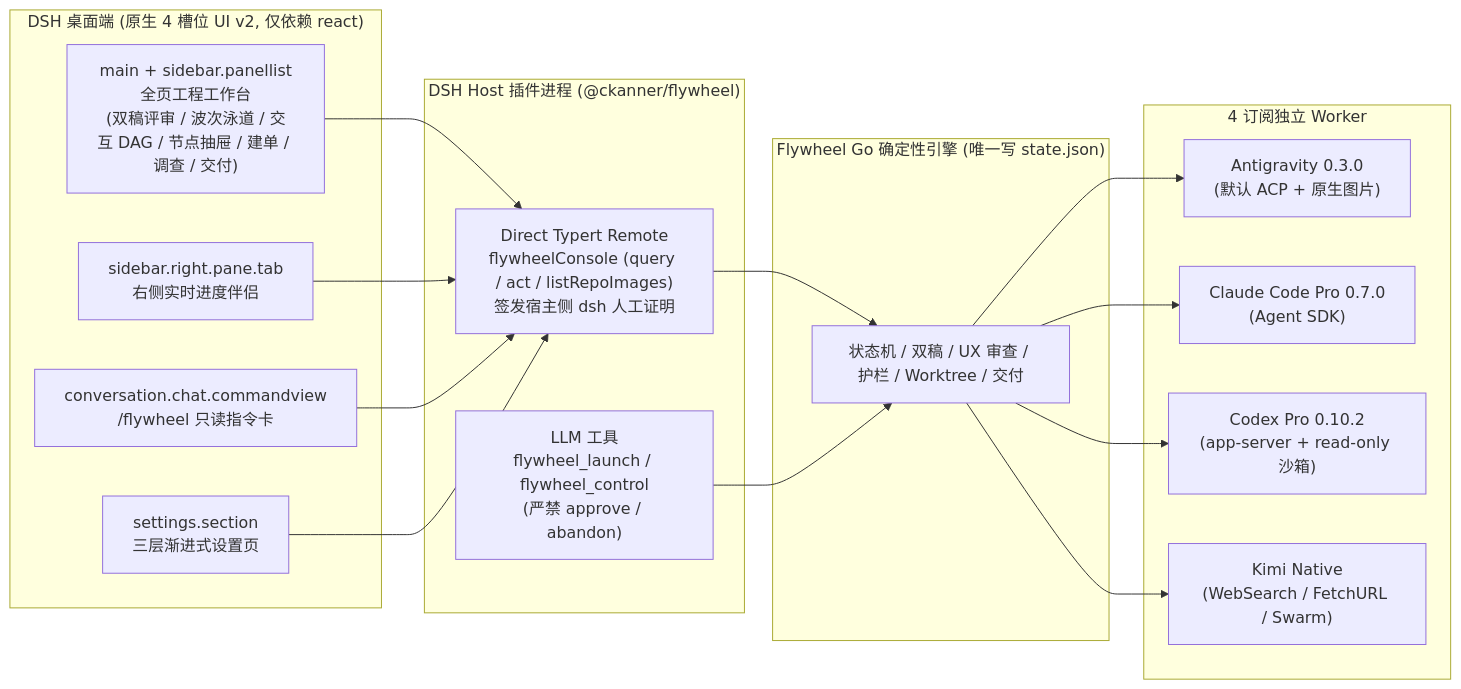
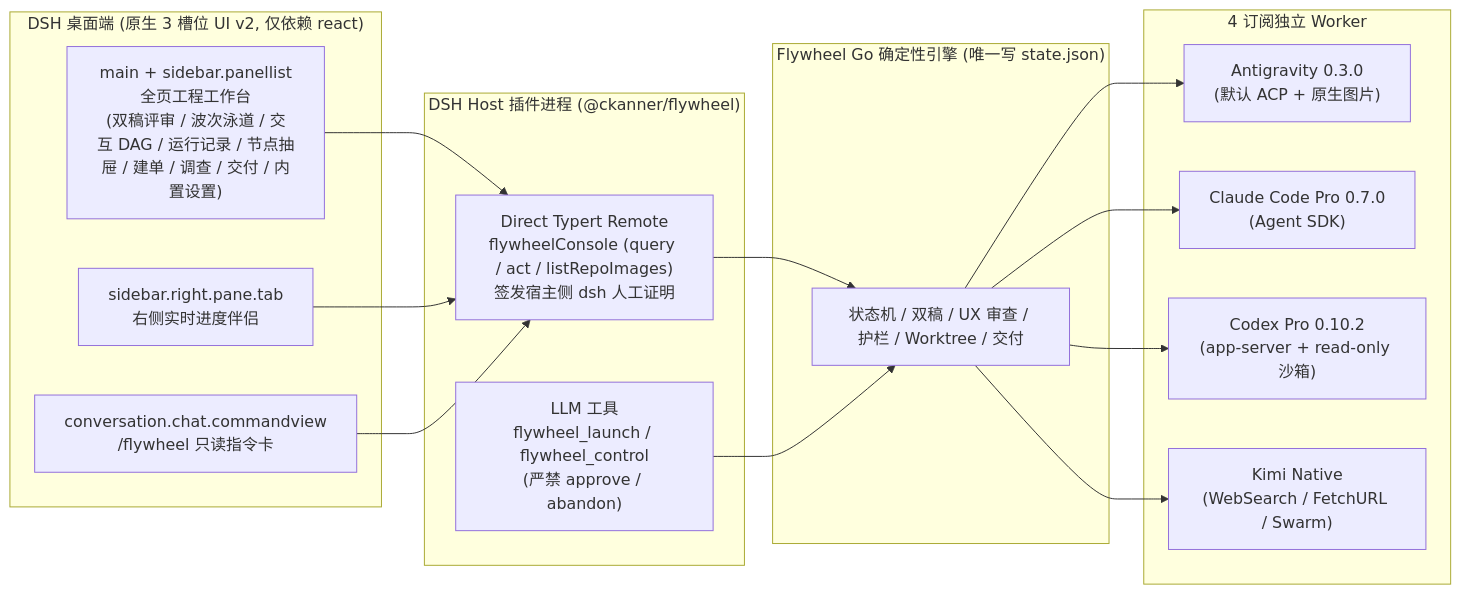
Before and after one commit to ckanner/flywheel: the third of 3 diagrams in docs/design.md, drawn with Mermaid. The commit also changed other lines of this file and 12 other files, not shown here.

Commit message:
feat: remove duplicate DSH settings slot and add concurrency/timeout/retry controls (v0.39.5)

````diff
--- a/docs/design.md
+++ b/docs/design.md
@@ -1155,36 +1155,34 @@
 ```mermaid
 flowchart LR
-  subgraph DSH["DSH 桌面端 (原生 4 槽位 UI v2, 仅依赖 react)"]
-    S1["main + sidebar.panellist\n全页工程工作台\n(双稿评审 / 波次泳道 / 交互 DAG / 节点抽屉 / 建单 / 调查 / 交付)"]
+  subgraph DSH["DSH 桌面端 (原生 3 槽位 UI v2, 仅依赖 react)"]
+    S1["main + sidebar.panellist\n全页工程工作台\n(双稿评审 / 波次泳道 / 交互 DAG / 运行记录 / 节点抽屉 / 建单 / 调查 / 交付 / 内置设置)"]
     S2["sidebar.right.pane.tab\n右侧实时进度伴侣"]
     S3["conversation.chat.commandview\n/flywheel 只读指令卡"]
-    S4["settings.section\n三层渐进式设置页"]
   end
 
   subgraph HOST["DSH Host 插件进程 (@ckanner/flywheel)"]
     RPC["Direct Typert Remote\nflywheelConsole (query / act / listRepoImages)\n签发宿主侧 dsh 人工证明"]
     TOOLS["LLM 工具\nflywheel_launch / flywheel_control\n(严禁 approve / abandon)"]
   end
 
   subgraph GO["Flywheel Go 确定性引擎 (唯一写 state.json)"]
     ENG["状态机 / 双稿 / UX 审查 / 护栏 / Worktree / 交付"]
   end
 
   subgraph WORKERS["4 订阅独立 Worker"]
     W1["Antigravity 0.3.0\n(默认 ACP + 原生图片)"]
     W2["Claude Code Pro 0.7.0\n(Agent SDK)"]
     W3["Codex Pro 0.10.2\n(app-server + read-only 沙箱)"]
     W4["Kimi Native\n(WebSearch / FetchURL / Swarm)"]
   end
 
   S1 --> RPC
   S2 --> RPC
   S3 --> RPC
-  S4 --> RPC
   RPC --> ENG
   TOOLS --> ENG
   ENG --> W1
   ENG --> W2
   ENG --> W3
   ENG --> W4
 ```
````
